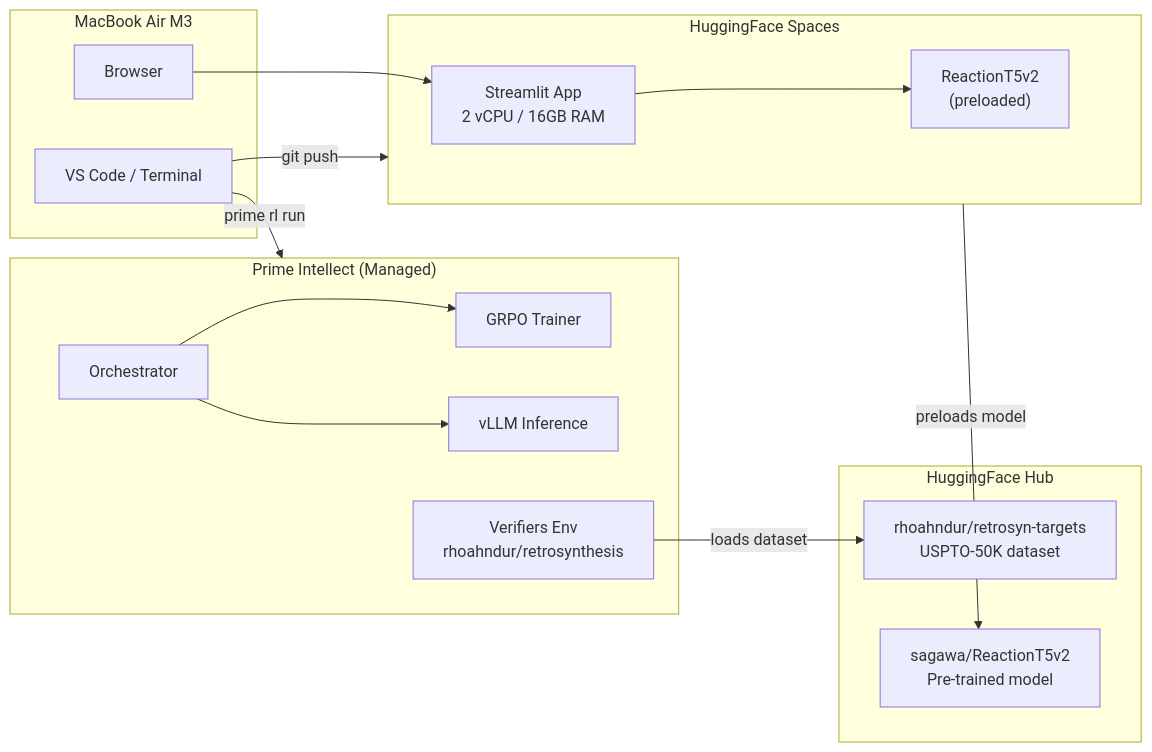
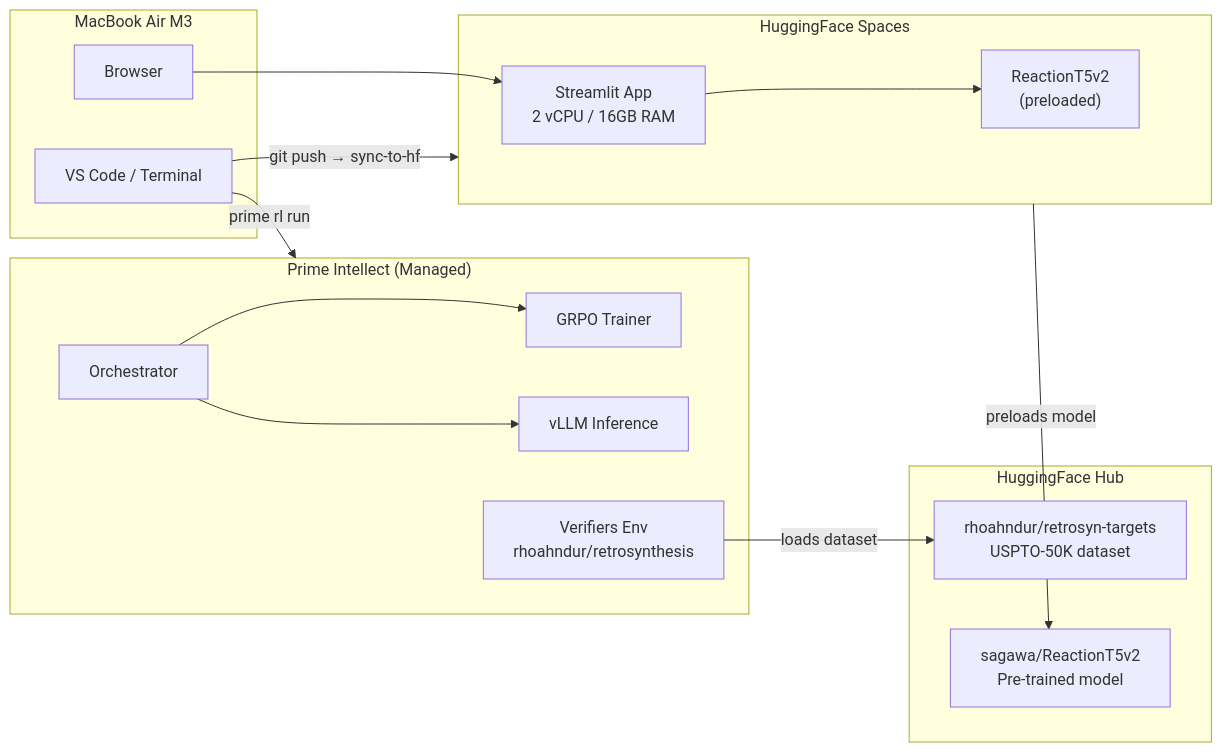
One commit to Rhoahndur/RL_RetroSynthesis changed the seventh of 8 diagrams in ARCHITECTURE.md. Above: the diagram before and after it, drawn with Mermaid. The commit also changed other lines of this file, not shown here.

Commit message:
update architecture doc

````diff
--- a/ARCHITECTURE.md
+++ b/ARCHITECTURE.md
@@ -280,33 +285,33 @@
 ```mermaid
 graph LR
     subgraph Local["MacBook Air M3"]
         DEV["VS Code / Terminal"]
         BROWSER["Browser"]
     end
 
     subgraph HFS["HuggingFace Spaces"]
         ST_PROD["Streamlit App<br/>2 vCPU / 16GB RAM"]
         RT5_PROD["ReactionT5v2<br/>(preloaded)"]
     end
 
     subgraph PI["Prime Intellect (Managed)"]
         GRPO["GRPO Trainer"]
         VLLM["vLLM Inference"]
         ORCH["Orchestrator"]
         VERENV["Verifiers Env<br/>rhoahndur/retrosynthesis"]
     end
 
     subgraph HFHub["HuggingFace Hub"]
         DS["rhoahndur/retrosyn-targets<br/>USPTO-50K dataset"]
         MODEL["sagawa/ReactionT5v2<br/>Pre-trained model"]
     end
 
-    DEV -->|"git push"| HFS
+    DEV -->|"git push → sync-to-hf"| HFS
     BROWSER --> ST_PROD
     ST_PROD --> RT5_PROD
     DEV -->|"prime rl run"| PI
     ORCH --> VLLM
     ORCH --> GRPO
     VERENV -->|"loads dataset"| DS
     HFS -->|"preloads model"| MODEL
 ```
````
